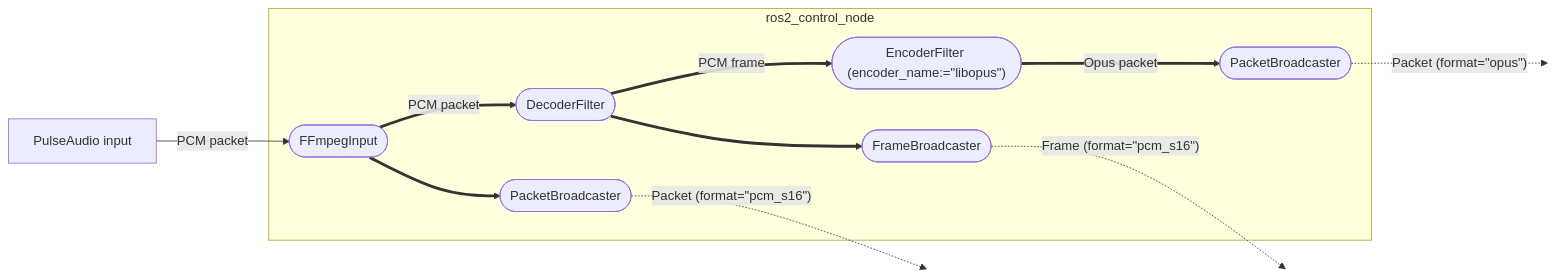
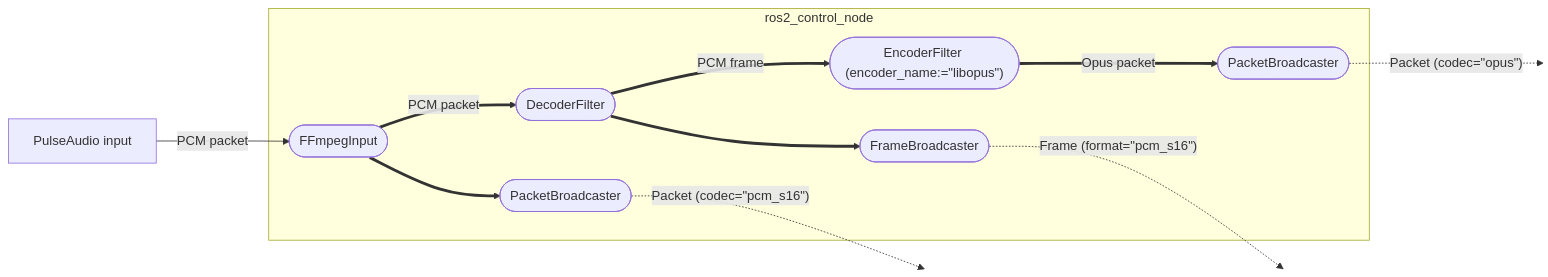
Before and after one commit to yoshito-n-students/ffmpeg_pipeline: the second of 3 diagrams in README.md, drawn with Mermaid. The commit also changed other lines of this file, not shown here.

Commit message:
fix field name in packet (format -> codec)

````diff
--- a/README.md
+++ b/README.md
@@ -138,15 +138,15 @@
 ```mermaid
 flowchart LR
    A@{ shape: rect, label: "PulseAudio input" } -- "PCM packet" --> B@{ shape: stadium, label: "FFmpegInput" }
    subgraph ros2_control_node
    B == "PCM packet" ==> C@{ shape: stadium, label: "DecoderFilter" }
    B ==> C2@{ shape: stadium, label: "PacketBroadcaster" }
    C == "PCM frame" ==> D@{ shape: stadium, label: "EncoderFilter (encoder_name:=#quot;libopus#quot;)" }
    C ==> D2@{ shape: stadium, label: "FrameBroadcaster" }
    D == "Opus packet" ==> E@{ shape: stadium, label: "PacketBroadcaster" }
    end
-   C2 -. "Packet (format=#quot;pcm_s16#quot;)" .-> F:::hidden
+   C2 -. "Packet (codec=#quot;pcm_s16#quot;)" .-> F:::hidden
    D2 -. "Frame (format=#quot;pcm_s16#quot;)" .-> G:::hidden
-   E -. "Packet (format=#quot;opus#quot;)" .-> H:::hidden
+   E -. "Packet (codec=#quot;opus#quot;)" .-> H:::hidden
    classDef hidden display: none;
 ```
````
